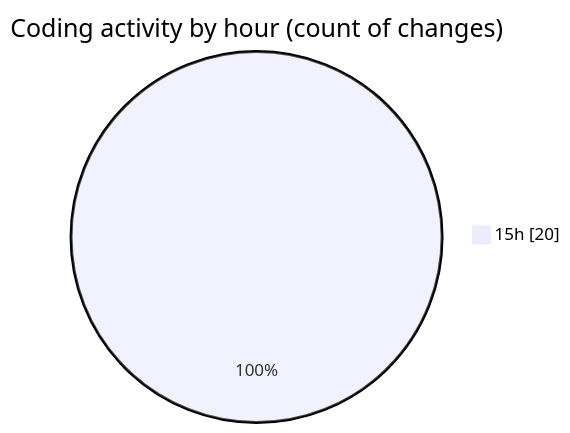
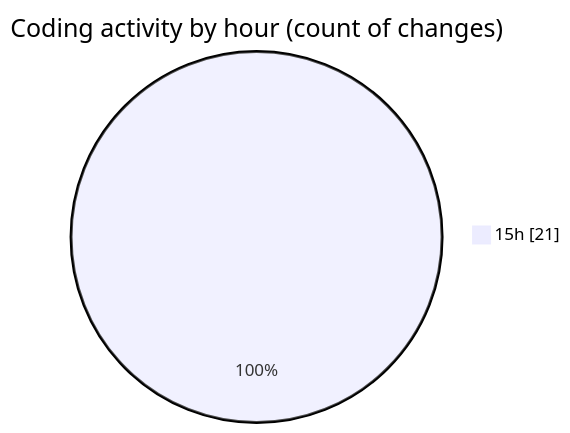
The second of 2 diagrams in 2025-07-31/tw-server/README.md (EIIisD/code-tracking), drawn with Mermaid before and after one commit. The commit also changed other lines of this file and 1 other file, not shown here.

````diff
--- a/2025-07-31/tw-server/README.md
+++ b/2025-07-31/tw-server/README.md
@@ -36,5 +36,5 @@
 ```mermaid
 pie showData
 title Coding activity by hour (count of changes)
-"15h" : 20
+"15h" : 21
 ```
````
